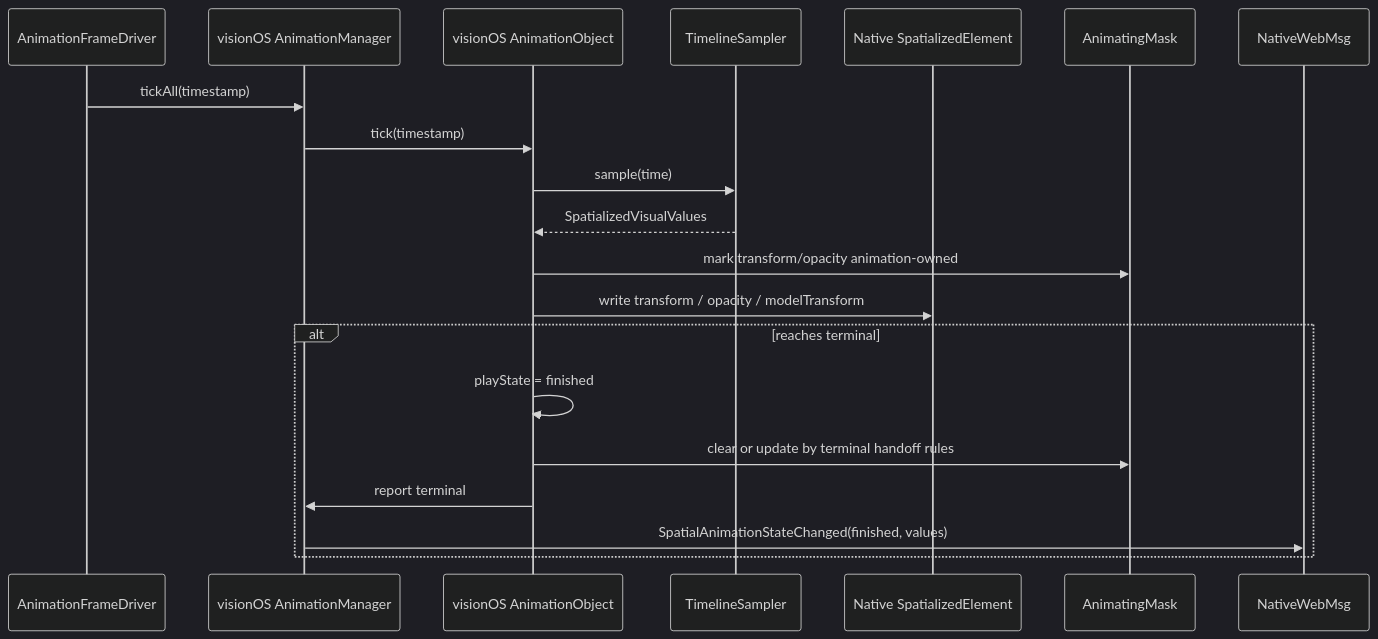
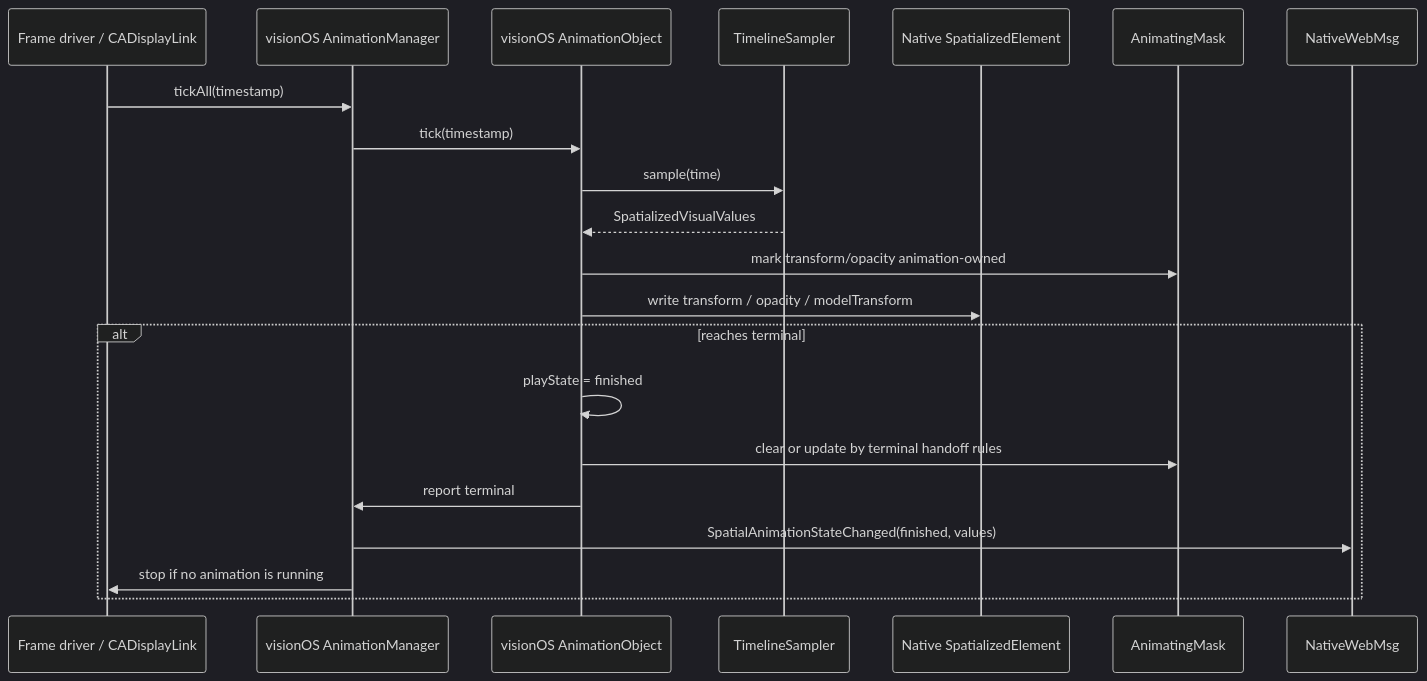
Before and after one commit to webspatial/webspatial-sdk: the fourth of 6 diagrams in openspec/changes/spatialized-element-motion-api/design.zh.md, drawn with Mermaid (dark theme). The commit also changed other lines of this file, not shown here.

Commit message:
docs: clarify frame driver ownership zh

````diff
--- a/openspec/changes/spatialized-element-motion-api/design.zh.md
+++ b/openspec/changes/spatialized-element-motion-api/design.zh.md
@@ -325,24 +346,25 @@
 ```mermaid
 sequenceDiagram
-  participant Driver as AnimationFrameDriver
+  participant Driver as Frame driver / CADisplayLink
   participant Manager as visionOS AnimationManager
   participant Obj as visionOS AnimationObject
   participant Sampler as TimelineSampler
   participant Element as Native SpatializedElement
   participant Mask as AnimatingMask
   participant WebMsg as NativeWebMsg
 
   Driver->>Manager: tickAll(timestamp)
   Manager->>Obj: tick(timestamp)
   Obj->>Sampler: sample(time)
   Sampler-->>Obj: SpatializedVisualValues
   Obj->>Mask: mark transform/opacity animation-owned
   Obj->>Element: write transform / opacity / modelTransform
 
   alt reaches terminal
     Obj->>Obj: playState = finished
     Obj->>Mask: clear or update by terminal handoff rules
     Obj->>Manager: report terminal
     Manager->>WebMsg: SpatialAnimationStateChanged(finished, values)
+    Manager->>Driver: stop if no animation is running
   end
 ```
````
